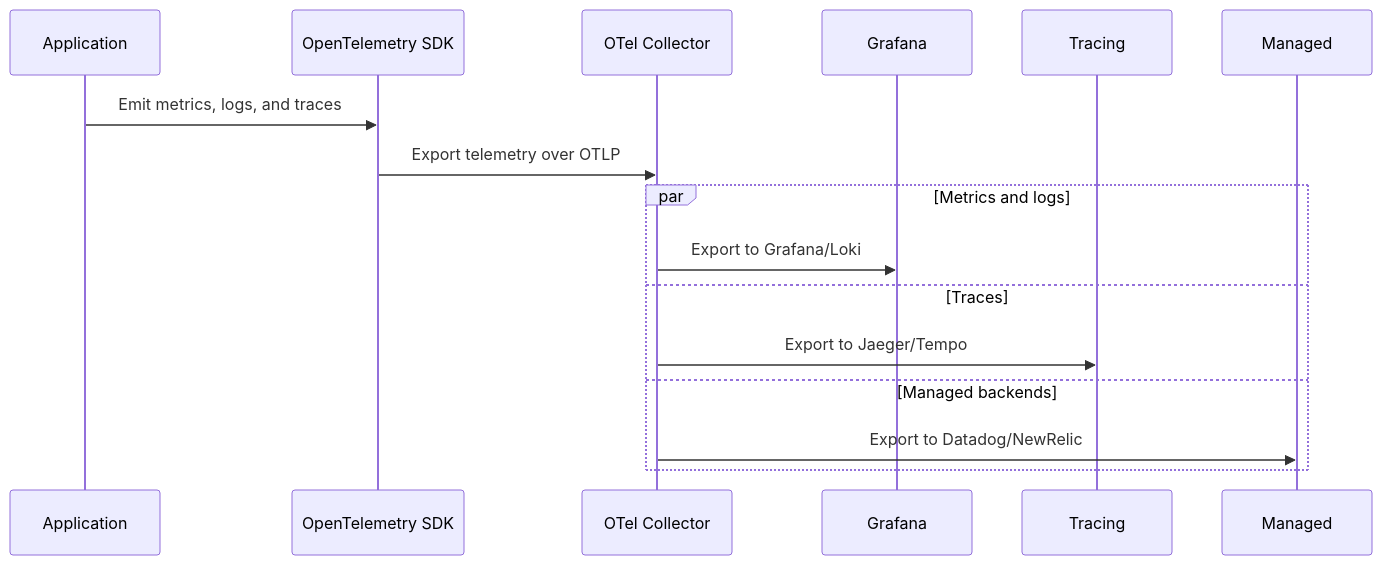
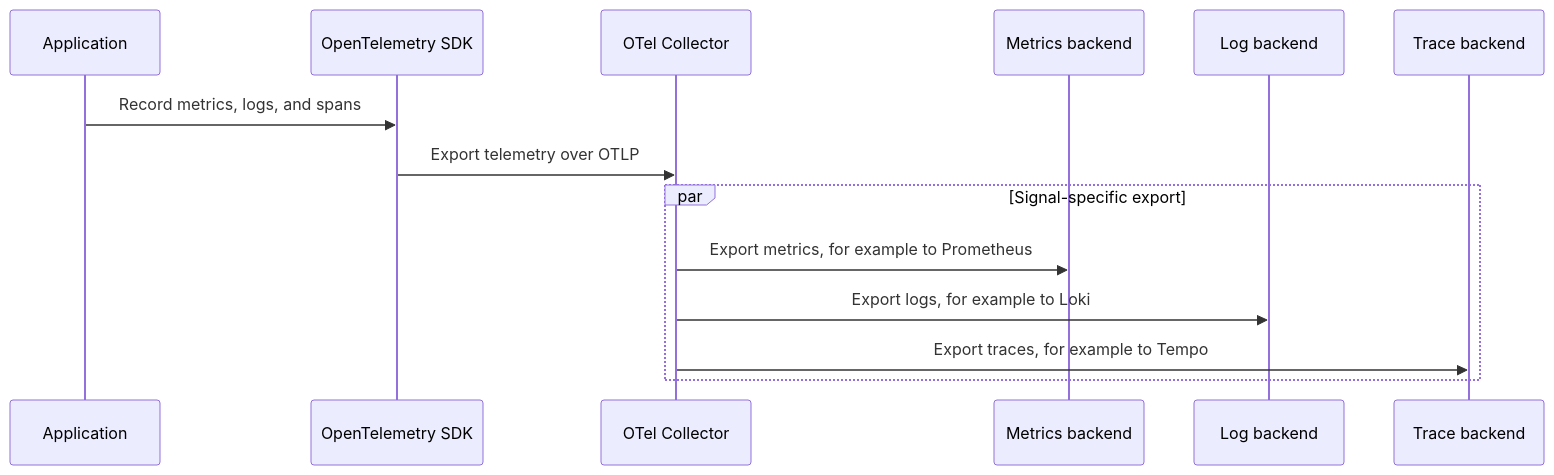
The second of 2 diagrams in content/articles/observability-systems/index.md (dyotamo/blog), drawn with Mermaid before and after one commit. The commit also changed other lines of this file and 26 other files, not shown here.

````diff
--- a/content/articles/observability-systems/index.md
+++ b/content/articles/observability-systems/index.md
@@ -85,15 +90,16 @@
 ```mermaid
 sequenceDiagram
     participant App as Application
     participant SDK as OpenTelemetry SDK
     participant Collector as OTel Collector
-    App->>SDK: Emit metrics, logs, and traces
+    participant Metrics as Metrics backend
+    participant Logs as Log backend
+    participant Traces as Trace backend
+    App->>SDK: Record metrics, logs, and spans
     SDK->>Collector: Export telemetry over OTLP
-    par Metrics and logs
-        Collector->>Grafana: Export to Grafana/Loki
-    and Traces
-        Collector->>Tracing: Export to Jaeger/Tempo
-    and Managed backends
-        Collector->>Managed: Export to Datadog/NewRelic
+    par Signal-specific export
+        Collector->>Metrics: Export metrics, for example to Prometheus
+        Collector->>Logs: Export logs, for example to Loki
+        Collector->>Traces: Export traces, for example to Tempo
     end
 ```
````
